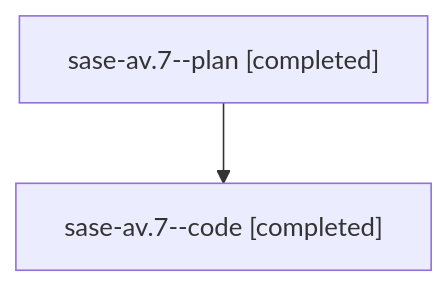
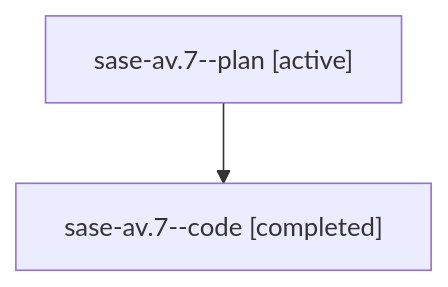
The diagram in families/bbugyi200.athena.sase-av.7.md (sase-org/sase--agents), drawn with Mermaid before and after one commit. The commit also changed other lines of this file and 5813 other files, not shown here.

````diff
--- a/families/bbugyi200.athena.sase-av.7.md
+++ b/families/bbugyi200.athena.sase-av.7.md
@@ -9,6 +9,6 @@
 ```mermaid
 flowchart TD
-  n0["sase-av.7--plan [completed]"]
+  n0["sase-av.7--plan [active]"]
   n1["sase-av.7--code [completed]"]
   n0 --> n1
 ```
````
